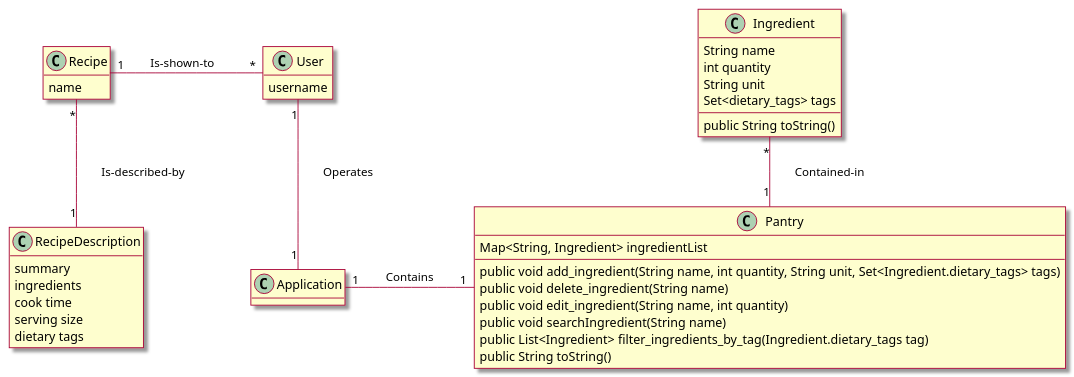
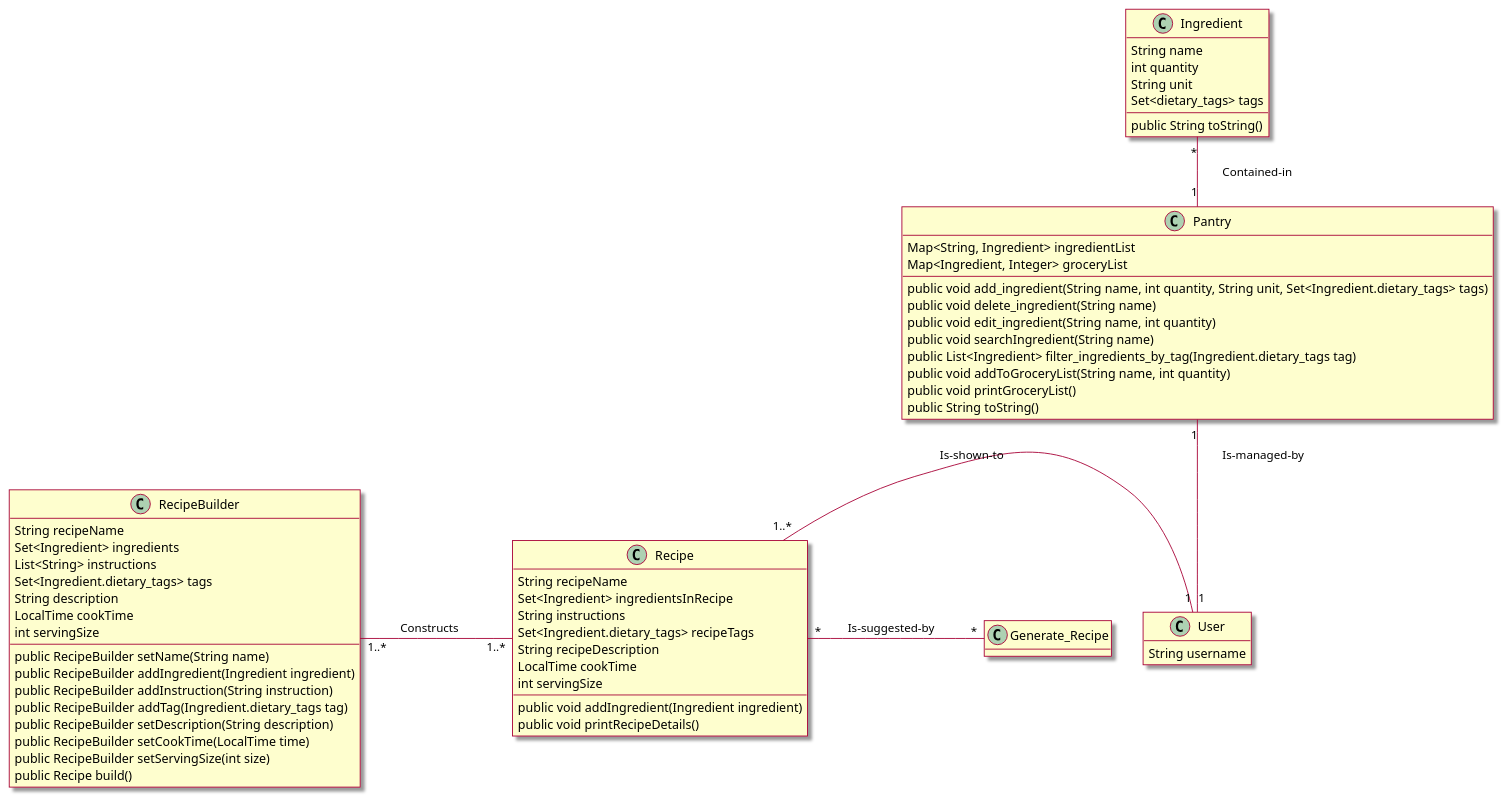
Before and after one commit to berthashipper/Pantry-Pal-Android-Application: the diagram in intellij/doc/class_diagram.md, drawn with PlantUML.

Commit message:
Updated class diagram

````diff
--- a/intellij/doc/class_diagram.md
+++ b/intellij/doc/class_diagram.md
@@ -1,61 +1,82 @@
 ```plantuml
 @startuml
 
 skin rose
 
 hide empty methods
 ' classes
 
 class Ingredient{
  String name
  int quantity
  String unit
  Set<dietary_tags> tags
  __
  public String toString()
 }
 
 class Pantry{
  Map<String, Ingredient> ingredientList
+ Map<Ingredient, Integer> groceryList
  --
  public void add_ingredient(String name, int quantity, String unit, Set<Ingredient.dietary_tags> tags)
  public void delete_ingredient(String name)
  public void edit_ingredient(String name, int quantity)
  public void searchIngredient(String name)
  public List<Ingredient> filter_ingredients_by_tag(Ingredient.dietary_tags tag)
+ public void addToGroceryList(String name, int quantity)
+ public void printGroceryList()
  public String toString()
 }
 
 class Recipe{
- name
+ String recipeName
+ Set<Ingredient> ingredientsInRecipe
+ String instructions
+ Set<Ingredient.dietary_tags> recipeTags
+ String recipeDescription
+ LocalTime cookTime
+ int servingSize
+ --
+ public void addIngredient(Ingredient ingredient)
+ public void printRecipeDetails()
 }
 
-class RecipeDescription{
- summary
- ingredients
- cook time
- serving size
- dietary tags
+class RecipeBuilder{
+ String recipeName
+ Set<Ingredient> ingredients
+ List<String> instructions
+ Set<Ingredient.dietary_tags> tags
+ String description
+ LocalTime cookTime
+ int servingSize
+ --
+ public RecipeBuilder setName(String name)
+ public RecipeBuilder addIngredient(Ingredient ingredient)
+ public RecipeBuilder addInstruction(String instruction)
+ public RecipeBuilder addTag(Ingredient.dietary_tags tag)
+ public RecipeBuilder setDescription(String description)
+ public RecipeBuilder setCookTime(LocalTime time)
+ public RecipeBuilder setServingSize(int size)
+ public Recipe build()
 }
 
-class Application{
+
+class User{
+ String username
+}
+
+class Generate_Recipe{
 
 }
 
-class User{
- username
-}
-
-
 ' associations
- User "1" -down- "1" Application : \tOperates\t\t
-Application "1" -right- "1" Pantry : \tContains\t\t
+User "1" -up- "1" Pantry : \tIs-managed-by\t\t
 Pantry "1" -up- "*" Ingredient : \tContained-in\t\t
-Recipe "*" -down- "1" RecipeDescription : \tIs-described-by\t\t
-User "*" -left- "1" Recipe : \tIs-shown-to\t\t
-
-
-
+User "1" -left- "1..*" Recipe : \tIs-shown-to\t\t
+Recipe "1..*" -up "1..*" RecipeBuilder : \tConstructs\t\t
+Generate_Recipe "*" -left "*" Recipe : \tIs-suggested-by\t\t
 
 @enduml
+
 ```
````
